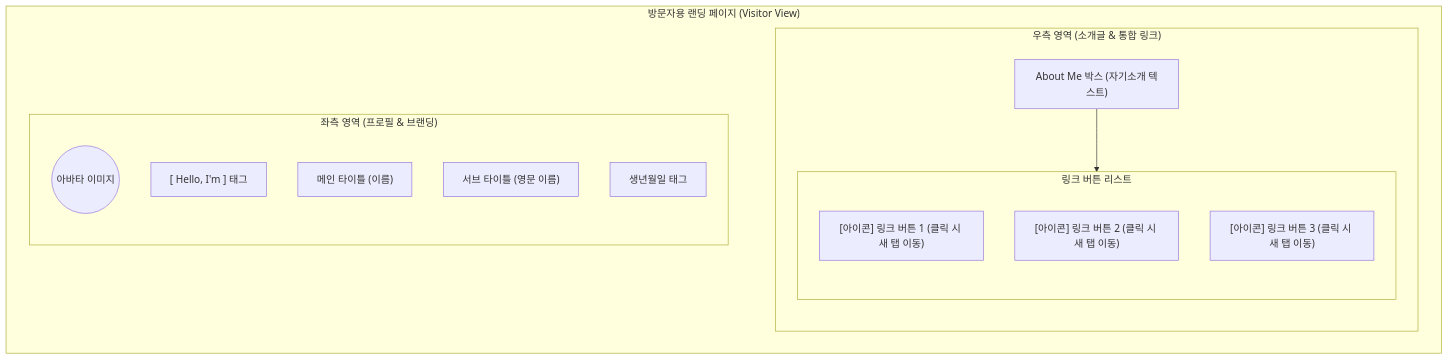
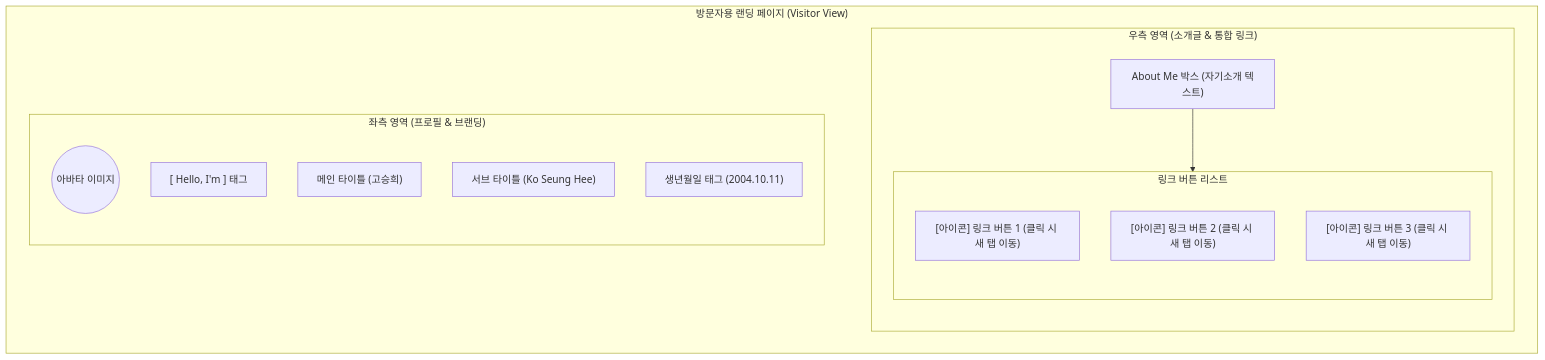
The first of 2 diagrams in docs/wireframe.md (SeungHeeKo5/my-link), drawn with Mermaid before and after one commit. The commit also changed other lines of this file and 1 other file, not shown here.

Commit message:
수정: 메인 페이지 더미 데이터 프로필(이름, 생년월일, 소개글)을 고승희(2004.10.11)로 변경 및 와이어프레임(wireframe.md) 문서에 해당 내용 반영

````diff
--- a/docs/wireframe.md
+++ b/docs/wireframe.md
@@ -10,31 +10,31 @@
 ```mermaid
 flowchart TD
     subgraph View ["방문자용 랜딩 페이지 (Visitor View)"]
         direction LR
         
         subgraph Left ["좌측 영역 (프로필 & 브랜딩)"]
             direction TB
             A1((아바타 이미지))
             A2["[ Hello, I'm ] 태그"]
-            A3["메인 타이틀 (이름)"]
-            A4["서브 타이틀 (영문 이름)"]
-            A5["생년월일 태그"]
+            A3["메인 타이틀 (고승희)"]
+            A4["서브 타이틀 (Ko Seung Hee)"]
+            A5["생년월일 태그 (2004.10.11)"]
         end
         
         subgraph Right ["우측 영역 (소개글 & 통합 링크)"]
             direction TB
             B1["About Me 박스 (자기소개 텍스트)"]
             
             subgraph Links ["링크 버튼 리스트"]
                 direction TB
                 L1["[아이콘] 링크 버튼 1 (클릭 시 새 탭 이동)"]
                 L2["[아이콘] 링크 버튼 2 (클릭 시 새 탭 이동)"]
                 L3["[아이콘] 링크 버튼 3 (클릭 시 새 탭 이동)"]
             end
             
             B1 --> Links
         end
         
         Left ~~~ Right
     end
 ```
````
